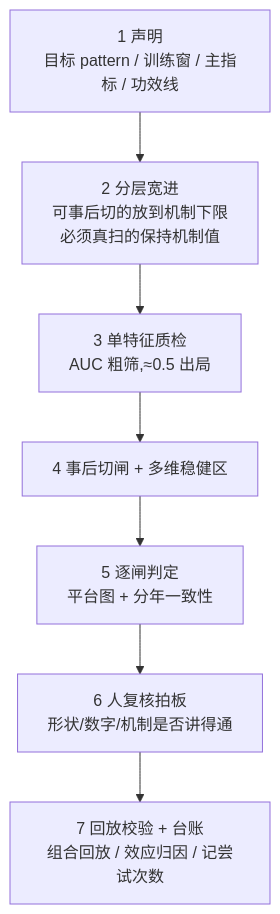
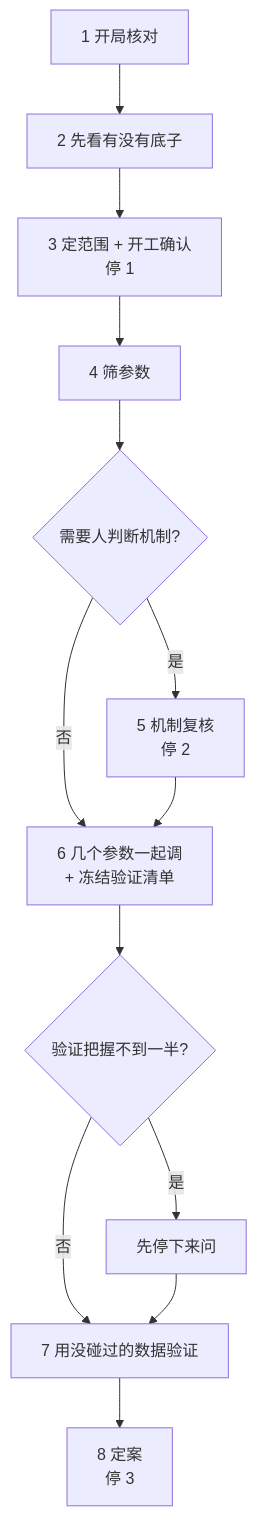
The diagram in docs/explain/tune-gates_通俗解释.md (ufgtb24/Trade_Strategy), drawn with Mermaid before and after one commit. The commit also changed other lines of this file and 753 other files, not shown here.

````diff
--- a/docs/explain/tune-gates_通俗解释.md
+++ b/docs/explain/tune-gates_通俗解释.md
@@ -221,9 +106,15 @@
 ```mermaid
 flowchart TD
-    S1[1 声明<br/>目标 pattern / 训练窗 / 主指标 / 功效线] --> S2[2 分层宽进<br/>可事后切的放到机制下限<br/>必须真扫的保持机制值]
-    S2 --> S3[3 单特征质检<br/>AUC 粗筛,≈0.5 出局]
-    S3 --> S4[4 事后切闸 + 多维稳健区]
-    S4 --> S5[5 逐闸判定<br/>平台图 + 分年一致性]
-    S5 --> S6[6 人复核拍板<br/>形状/数字/机制是否讲得通]
-    S6 --> S7[7 回放校验 + 台账<br/>组合回放 / 效应归因 / 记尝试次数]
+    S1[1 开局核对] --> S2[2 先看有没有底子]
+    S2 --> S3[3 定范围 + 开工确认<br/>停 1]
+    S3 --> S4[4 筛参数]
+    S4 --> S5{需要人判断机制?}
+    S5 -->|是| S5a[5 机制复核<br/>停 2]
+    S5 -->|否| S6
+    S5a --> S6[6 几个参数一起调<br/>+ 冻结验证清单]
+    S6 --> S6a{验证把握不到一半?}
+    S6a -->|是| Q[先停下来问]
+    S6a -->|否| S7
+    Q --> S7[7 用没碰过的数据验证]
+    S7 --> S8[8 定案<br/>停 3]
 ```
````
